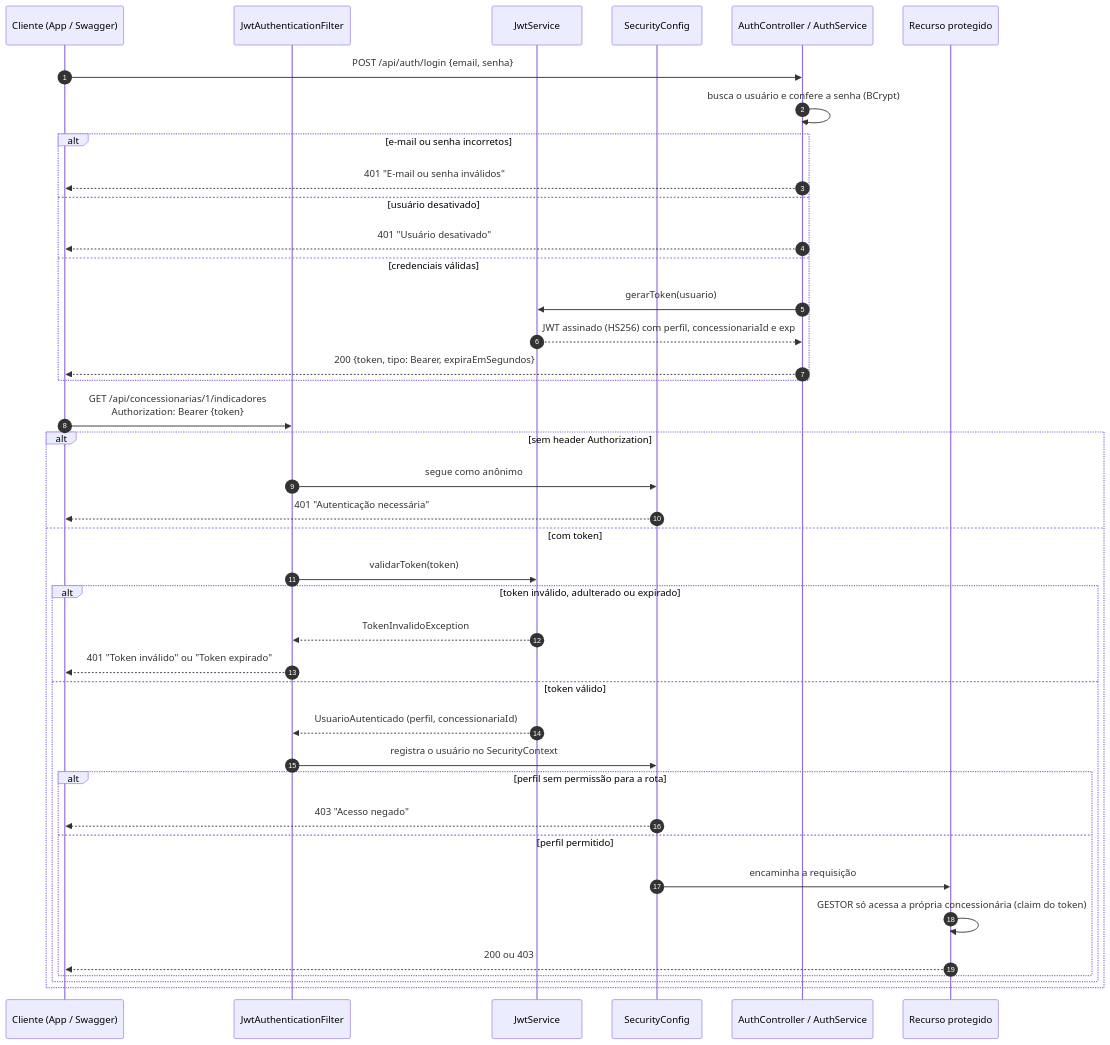
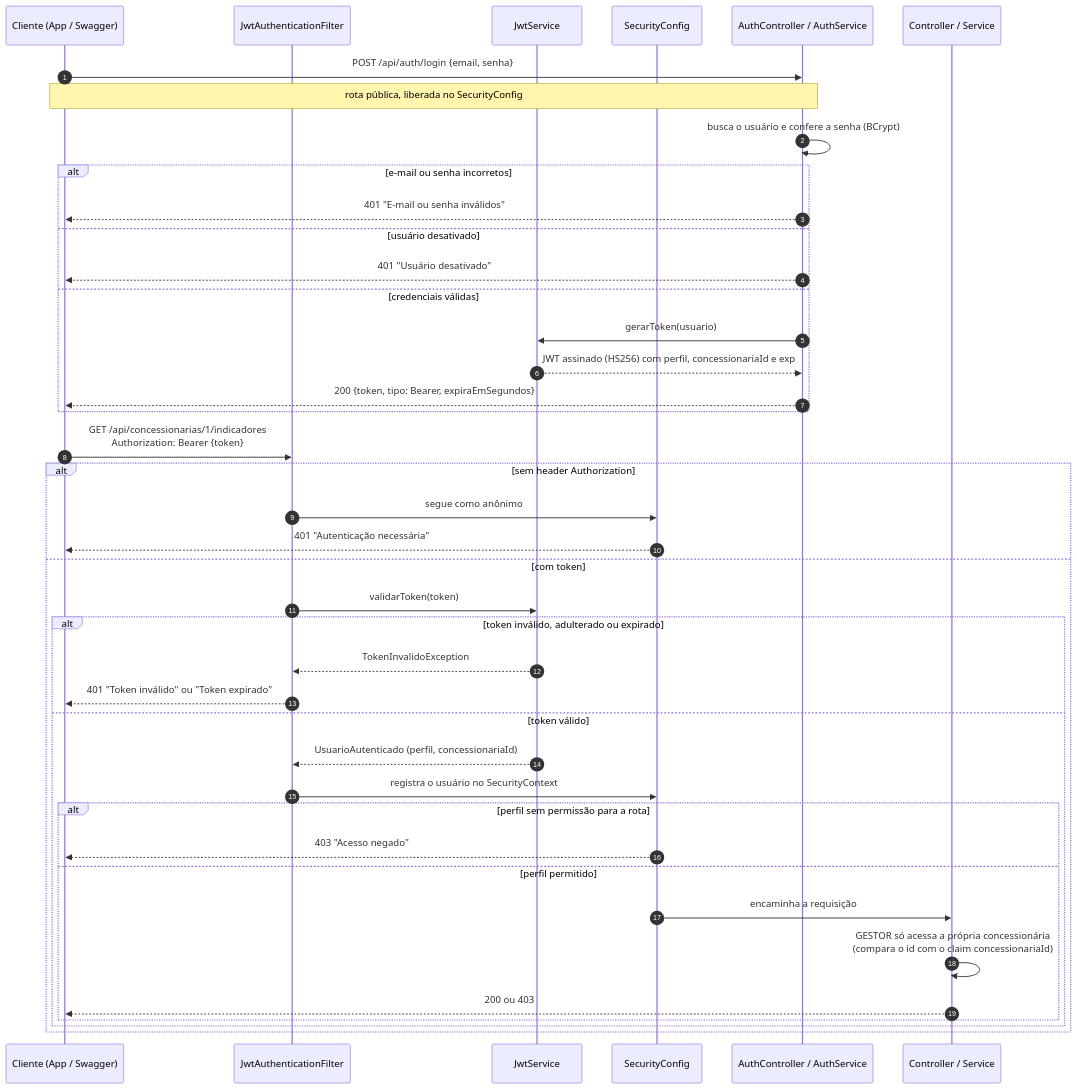
Before and after one commit to CezarBacanieski/challenge-java-soa: the second of 3 diagrams in README.md, drawn with Mermaid. The commit also changed other lines of this file and 4 other files, not shown here.

First line of the commit message:
docs: diagramas revisados e exportados em PNG

````diff
--- a/README.md
+++ b/README.md
@@ -201,44 +201,45 @@
 ```mermaid
 sequenceDiagram
     autonumber
     participant C as Cliente (App / Swagger)
     participant F as JwtAuthenticationFilter
     participant J as JwtService
     participant S as SecurityConfig
     participant A as AuthController / AuthService
-    participant R as Recurso protegido
+    participant R as Controller / Service
 
     C->>A: POST /api/auth/login {email, senha}
+    Note over C,A: rota pública, liberada no SecurityConfig
     A->>A: busca o usuário e confere a senha (BCrypt)
     alt e-mail ou senha incorretos
         A-->>C: 401 "E-mail ou senha inválidos"
     else usuário desativado
         A-->>C: 401 "Usuário desativado"
     else credenciais válidas
         A->>J: gerarToken(usuario)
         J-->>A: JWT assinado (HS256) com perfil, concessionariaId e exp
         A-->>C: 200 {token, tipo: Bearer, expiraEmSegundos}
     end
 
     C->>F: GET /api/concessionarias/1/indicadores<br/>Authorization: Bearer {token}
     alt sem header Authorization
         F->>S: segue como anônimo
         S-->>C: 401 "Autenticação necessária"
     else com token
         F->>J: validarToken(token)
         alt token inválido, adulterado ou expirado
             J-->>F: TokenInvalidoException
             F-->>C: 401 "Token inválido" ou "Token expirado"
         else token válido
             J-->>F: UsuarioAutenticado (perfil, concessionariaId)
             F->>S: registra o usuário no SecurityContext
             alt perfil sem permissão para a rota
                 S-->>C: 403 "Acesso negado"
             else perfil permitido
                 S->>R: encaminha a requisição
-                R->>R: GESTOR só acessa a própria concessionária (claim do token)
+                R->>R: GESTOR só acessa a própria concessionária<br/>(compara o id com o claim concessionariaId)
                 R-->>C: 200 ou 403
             end
         end
     end
 ```
````
